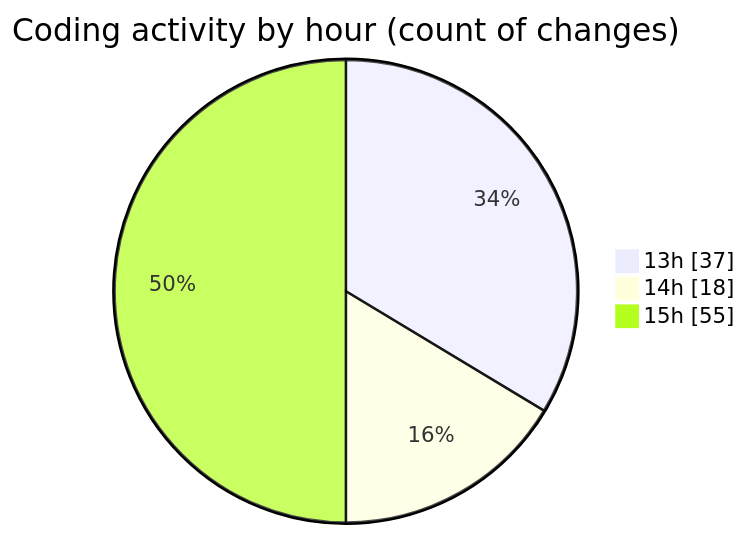
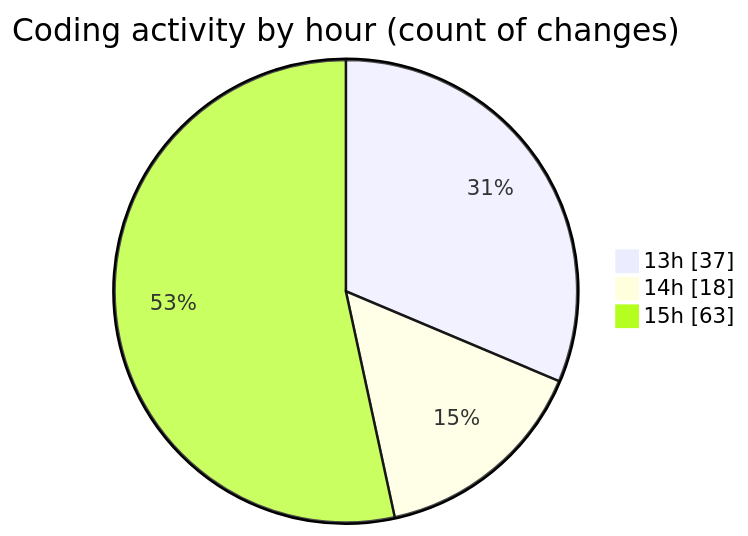
The second of 2 diagrams in 2026-04-11/scripting_workshop/README.md (Unknowalive/code-tracking), drawn with Mermaid before and after one commit. The commit also changed other lines of this file and 1 other file, not shown here.

````diff
--- a/2026-04-11/scripting_workshop/README.md
+++ b/2026-04-11/scripting_workshop/README.md
@@ -64,7 +64,7 @@
 ```mermaid
 pie showData
 title Coding activity by hour (count of changes)
 "13h" : 37
 "14h" : 18
-"15h" : 55
+"15h" : 63
 ```
````
